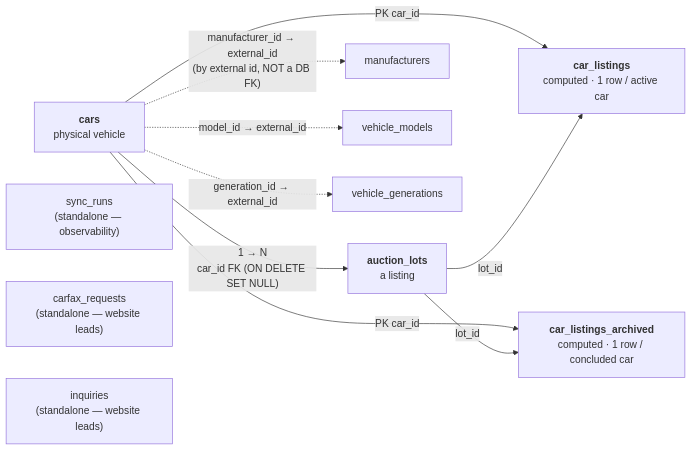
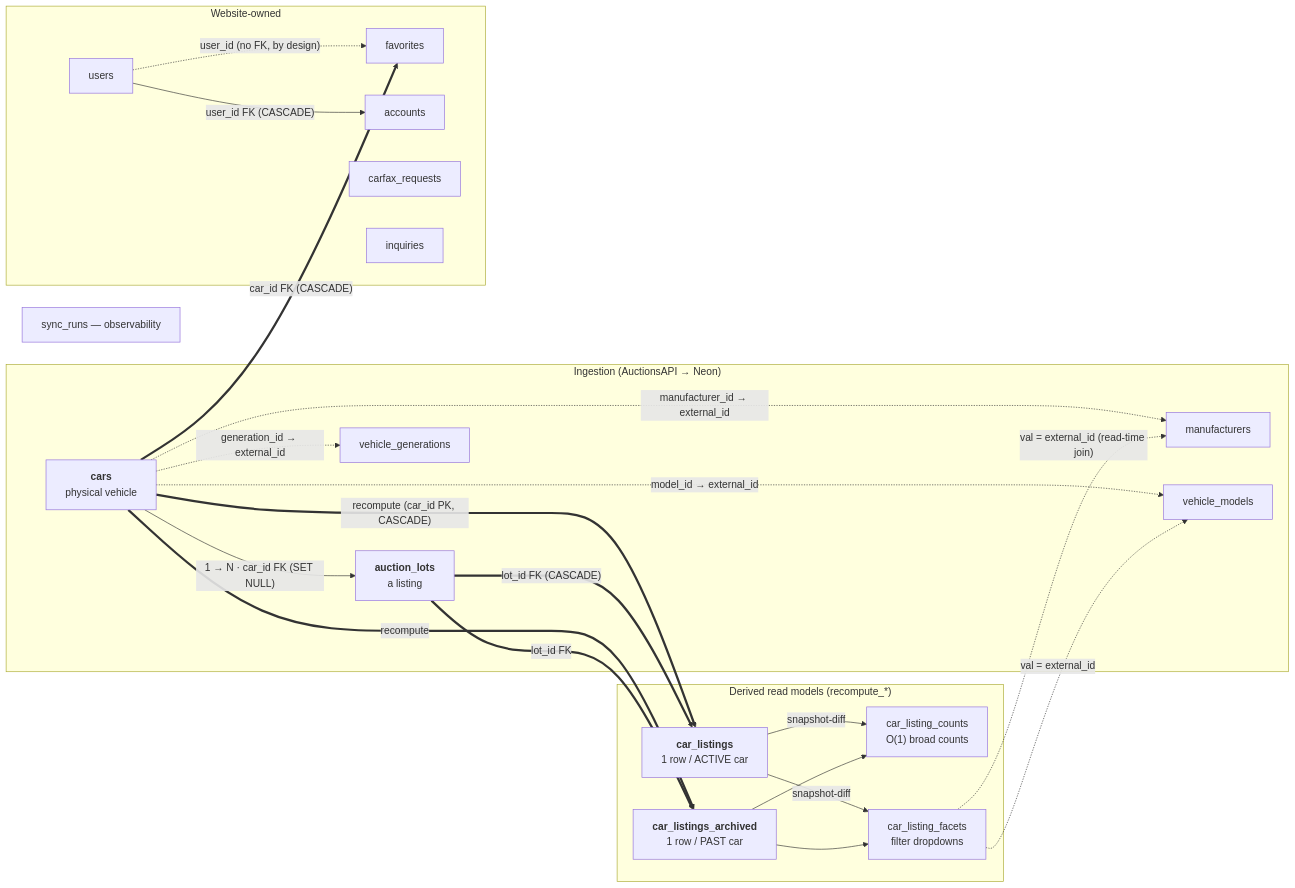
The diagram in docs/02-data-model-and-tables.md (bojidaryovchev/selectauto), drawn with Mermaid before and after one commit. The commit also changed other lines of this file and 239 other files, not shown here.

````diff
--- a/docs/02-data-model-and-tables.md
+++ b/docs/02-data-model-and-tables.md
@@ -28,22 +69,42 @@
 ```mermaid
 flowchart LR
-  cars["<b>cars</b><br/>physical vehicle"]
-  lots["<b>auction_lots</b><br/>a listing"]
-  cl["<b>car_listings</b><br/>computed · 1 row / active car"]
-  cla["<b>car_listings_archived</b><br/>computed · 1 row / concluded car"]
-  mfg["manufacturers"]
-  mod["vehicle_models"]
-  gen["vehicle_generations"]
-  sr["sync_runs<br/>(standalone — observability)"]
-  cfx["carfax_requests<br/>(standalone — website leads)"]
-  inq["inquiries<br/>(standalone — website leads)"]
+  subgraph ingest["Ingestion (AuctionsAPI → Neon)"]
+    cars["<b>cars</b><br/>physical vehicle"]
+    lots["<b>auction_lots</b><br/>a listing"]
+    mfg["manufacturers"]
+    mod["vehicle_models"]
+    gen["vehicle_generations"]
+  end
+  subgraph derived["Derived read models (recompute_*)"]
+    cl["<b>car_listings</b><br/>1 row / ACTIVE car"]
+    cla["<b>car_listings_archived</b><br/>1 row / PAST car"]
+    clc["car_listing_counts<br/>O(1) broad counts"]
+    clf["car_listing_facets<br/>filter dropdowns"]
+  end
+  subgraph site["Website-owned"]
+    fav["favorites"]
+    usr["users"]
+    acc["accounts"]
+    cfx["carfax_requests"]
+    inq["inquiries"]
+  end
+  sr["sync_runs — observability"]
 
-  cars -->|"1 → N<br/>car_id FK (ON DELETE SET NULL)"| lots
-  cars -.->|"manufacturer_id → external_id<br/>(by external id, NOT a DB FK)"| mfg
+  cars -->|"1 → N · car_id FK (SET NULL)"| lots
+  cars -.->|"manufacturer_id → external_id"| mfg
   cars -.->|"model_id → external_id"| mod
   cars -.->|"generation_id → external_id"| gen
-  cars -->|"PK car_id"| cl
-  lots -->|"lot_id"| cl
-  cars -->|"PK car_id"| cla
-  lots -->|"lot_id"| cla
+  cars ==>|"recompute (car_id PK, CASCADE)"| cl
+  lots ==>|"lot_id FK (CASCADE)"| cl
+  cars ==>|"recompute"| cla
+  lots ==>|"lot_id FK"| cla
+  cl -->|"snapshot-diff"| clc
+  cl -->|"snapshot-diff"| clf
+  cla --> clc
+  cla --> clf
+  clf -.->|"val = external_id (read-time join)"| mfg
+  clf -.->|"val = external_id"| mod
+  cars ==>|"car_id FK (CASCADE)"| fav
+  usr -.->|"user_id (no FK, by design)"| fav
+  usr -->|"user_id FK (CASCADE)"| acc
 ```
````
